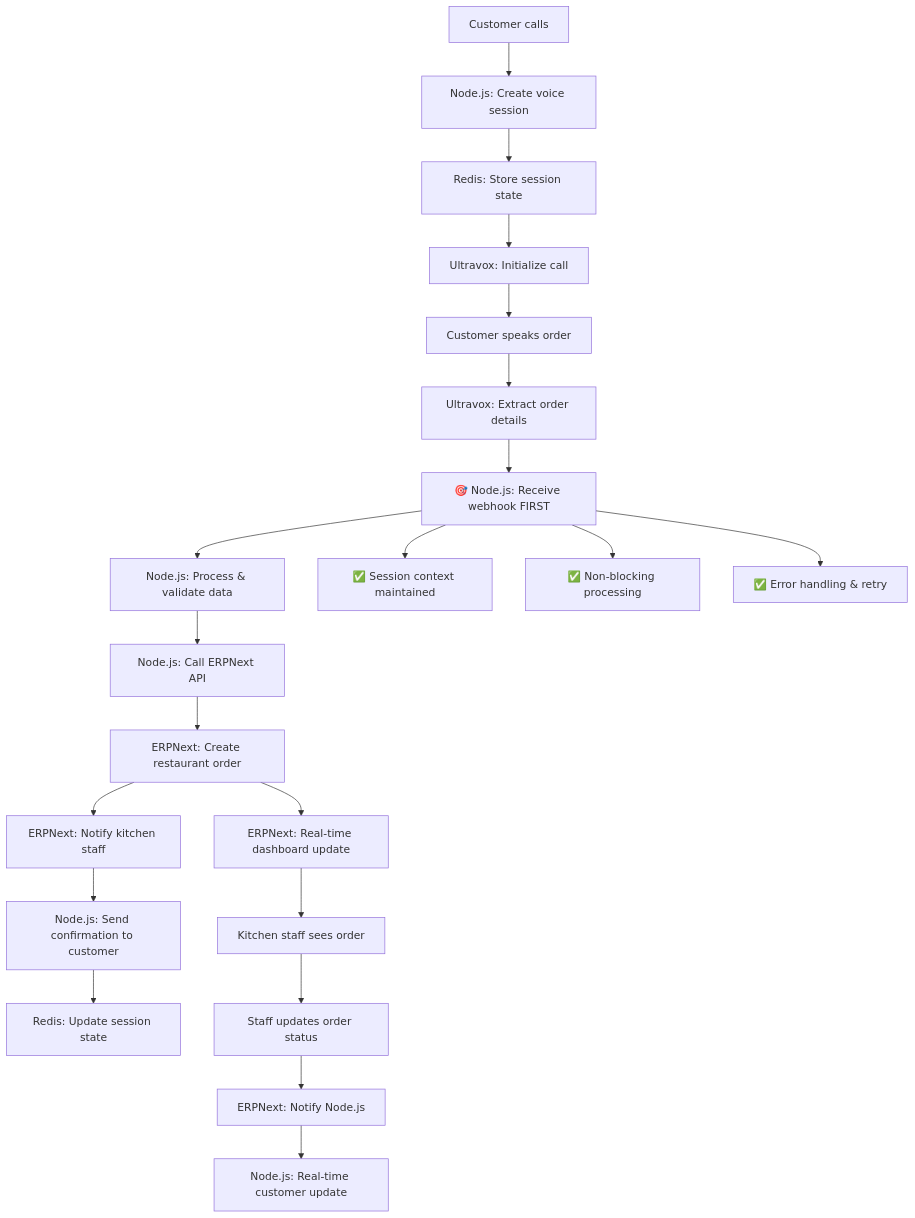
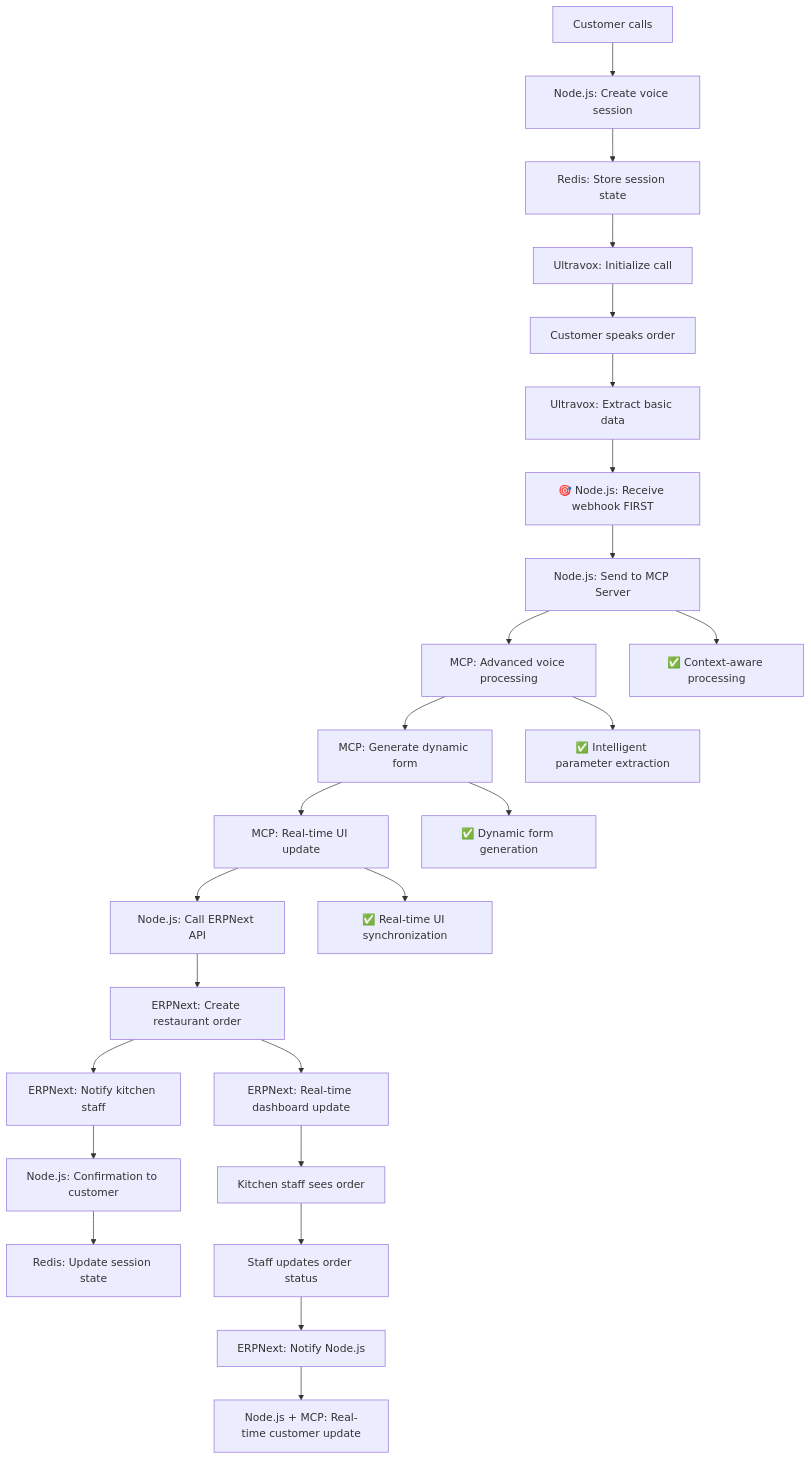
The first of 4 diagrams in planning/VOICE_AGENT_PROJECT_STRUCTURE_NODEJS_ERPNEXT.md (touqeerhameed/voiceai-inbound-bot), drawn with Mermaid before and after one commit. The commit also changed other lines of this file, not shown here.

````diff
--- a/planning/VOICE_AGENT_PROJECT_STRUCTURE_NODEJS_ERPNEXT.md
+++ b/planning/VOICE_AGENT_PROJECT_STRUCTURE_NODEJS_ERPNEXT.md
@@ -678,27 +937,31 @@
 ```mermaid
 graph TD
     A[Customer calls] --> B[Node.js: Create voice session]
     B --> C[Redis: Store session state]
     C --> D[Ultravox: Initialize call]
     D --> E[Customer speaks order]
-    E --> F[Ultravox: Extract order details]
+    E --> F[Ultravox: Extract basic data]
     F --> G[🎯 Node.js: Receive webhook FIRST]
-    G --> H[Node.js: Process & validate data]
-    H --> I[Node.js: Call ERPNext API]
-    I --> J[ERPNext: Create restaurant order]
-    J --> K[ERPNext: Notify kitchen staff]
-    K --> L[Node.js: Send confirmation to customer]
-    L --> M[Redis: Update session state]
+    G --> H[Node.js: Send to MCP Server]
+    H --> I[MCP: Advanced voice processing]
+    I --> J[MCP: Generate dynamic form]
+    J --> K[MCP: Real-time UI update]
+    K --> L[Node.js: Call ERPNext API]
+    L --> M[ERPNext: Create restaurant order]
+    M --> N[ERPNext: Notify kitchen staff]
+    N --> O[Node.js: Confirmation to customer]
+    O --> P[Redis: Update session state]
 
-    %% Why Node.js First
-    G --> N[✅ Session context maintained]
-    G --> O[✅ Non-blocking processing]
-    G --> P[✅ Error handling & retry]
+    %% MCP Advantages
+    H --> Q[✅ Context-aware processing]
+    I --> R[✅ Intelligent parameter extraction]
+    J --> S[✅ Dynamic form generation]
+    K --> T[✅ Real-time UI synchronization]
 
     %% Real-time updates
-    J --> Q[ERPNext: Real-time dashboard update]
-    Q --> R[Kitchen staff sees order]
-    R --> S[Staff updates order status]
-    S --> T[ERPNext: Notify Node.js]
-    T --> U[Node.js: Real-time customer update]
+    M --> U[ERPNext: Real-time dashboard update]
+    U --> V[Kitchen staff sees order]
+    V --> W[Staff updates order status]
+    W --> X[ERPNext: Notify Node.js]
+    X --> Y[Node.js + MCP: Real-time customer update]
 ```
````
